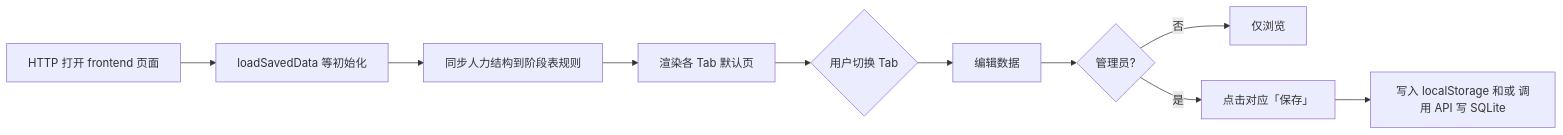
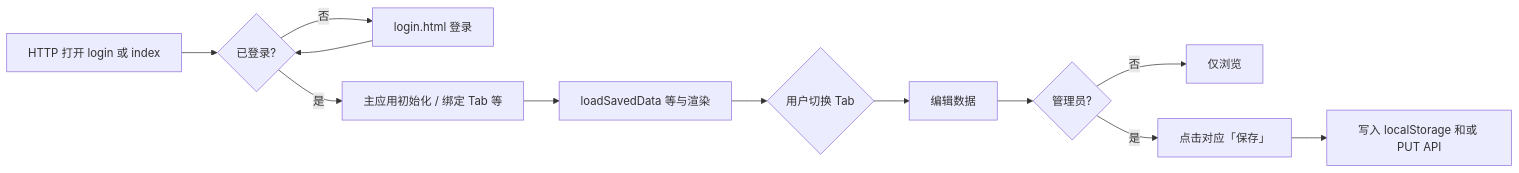
Before and after one commit to sky-ding/test: the first of 2 diagrams in docs/PRD-项目管理登记工具.md, drawn with Mermaid. The commit also changed other lines of this file and 21 other files, not shown here.

````diff
--- a/docs/PRD-项目管理登记工具.md
+++ b/docs/PRD-项目管理登记工具.md
@@ -136,12 +142,14 @@
 ```mermaid
 flowchart LR
-  A[HTTP 打开 frontend 页面] --> B[loadSavedData 等初始化]
-  B --> C[同步人力结构到阶段表规则]
-  C --> D[渲染各 Tab 默认页]
+  A[HTTP 打开 login 或 index] --> B{已登录?}
+  B -- 否 --> L[login.html 登录]
+  L --> B
+  B -- 是 --> C[主应用初始化 / 绑定 Tab 等]
+  C --> D[loadSavedData 等与渲染]
   D --> E{用户切换 Tab}
   E --> F[编辑数据]
   F --> G{管理员?}
   G -- 否 --> H[仅浏览]
   G -- 是 --> I[点击对应「保存」]
-  I --> J[写入 localStorage 和或 调用 API 写 SQLite]
+  I --> J[写入 localStorage 和或 PUT API]
 ```
````
